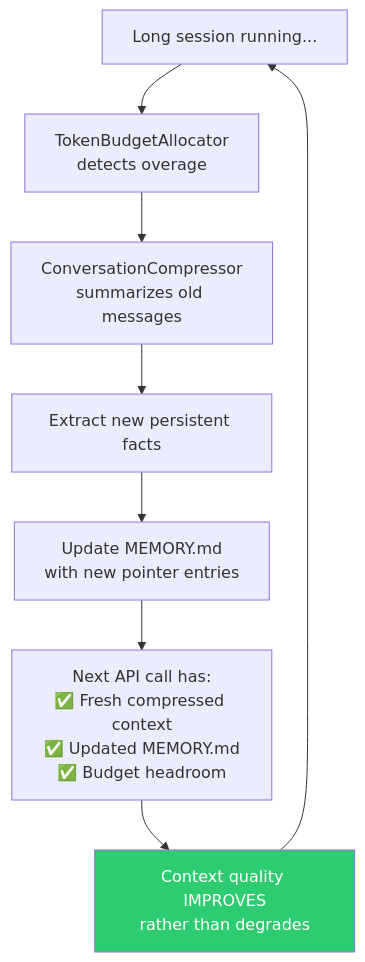
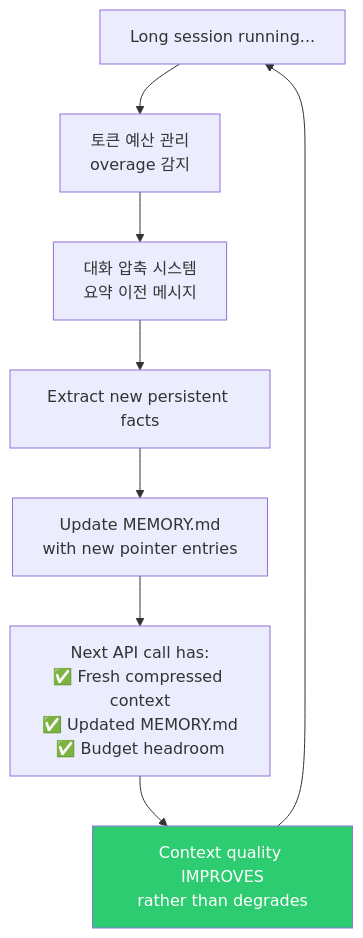
The seventh of 7 diagrams in docs/deep/ko/memory/self-healing-memory.md (hi-space/claude-code-unpack-docs), drawn with Mermaid before and after one commit. The commit also changed other lines of this file and 51 other files, not shown here.

````diff
--- a/docs/deep/ko/memory/self-healing-memory.md
+++ b/docs/deep/ko/memory/self-healing-memory.md
@@ -234,12 +245,12 @@
 ```mermaid
 flowchart TB
-    Session["Long session running..."] --> Detect["TokenBudgetAllocator<br/>detects overage"]
-    Detect --> Compress["ConversationCompressor<br/>summarizes old messages"]
+    Session["Long session running..."] --> Detect["토큰 예산 관리<br/>overage 감지"]
+    Detect --> Compress["대화 압축 시스템<br/>요약 이전 메시지"]
     Compress --> Extract["Extract new persistent facts"]
     Extract --> Update["Update MEMORY.md<br/>with new pointer entries"]
     Update --> Better["Next API call has:<br/>✅ Fresh compressed context<br/>✅ Updated MEMORY.md<br/>✅ Budget headroom"]
     Better --> Quality["Context quality IMPROVES<br/>rather than degrades"]
     Quality --> Session
 
     style Quality fill:#2ecc71,color:#fff
 ```
````
